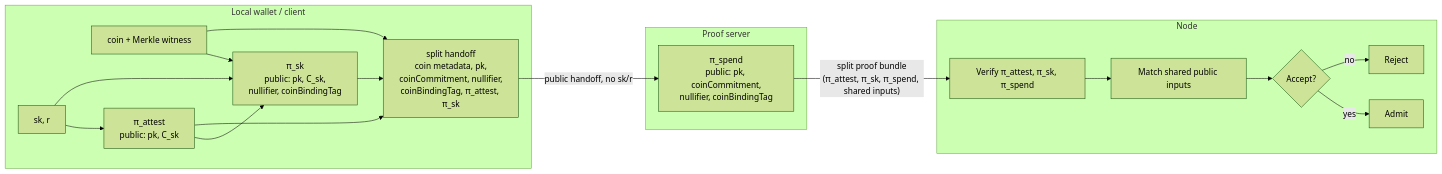
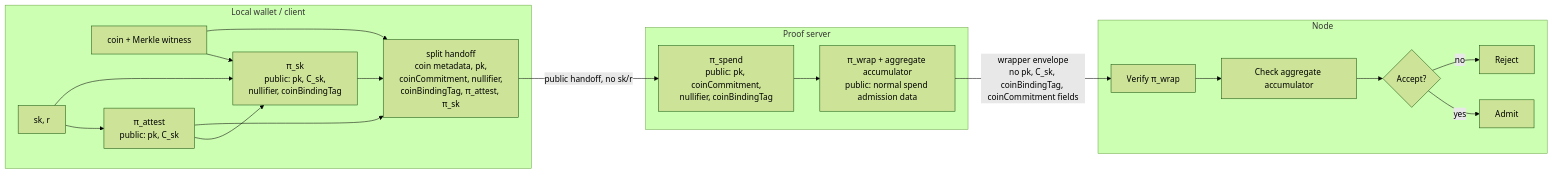
Before and after one commit to ADGLx/split-prove: the diagram in README.md, drawn with Mermaid (forest theme). The commit also changed other lines of this file and 4 other files, not shown here.

````diff
--- a/README.md
+++ b/README.md
@@ -9,37 +9,39 @@
 ```mermaid
 flowchart LR
     subgraph LOCAL["Local wallet / client"]
         W["sk, r"]
         C["coin + Merkle witness"]
         A["π_attest<br/>public: pk, C_sk"]
         S["π_sk<br/>public: pk, C_sk,<br/>nullifier, coinBindingTag"]
         H["split handoff<br/>coin metadata, pk,<br/>coinCommitment, nullifier,<br/>coinBindingTag, π_attest, π_sk"]
 
         W --> A
         W --> S
         C --> S
         A --> S
         A --> H
         S --> H
         C --> H
     end
 
     subgraph SERVER["Proof server"]
         P["π_spend<br/>public: pk, coinCommitment,<br/>nullifier, coinBindingTag"]
+        R["π_wrap + aggregate accumulator<br/>public: normal spend admission data"]
+        P --> R
     end
 
     subgraph NODE["Node"]
-        V["Verify π_attest, π_sk, π_spend"]
-        M["Match shared public inputs"]
+        V["Verify π_wrap"]
+        M["Check aggregate accumulator"]
         D{"Accept?"}
         OK["Admit"]
         NO["Reject"]
 
         V --> M --> D
         D -- yes --> OK
         D -- no --> NO
     end
 
     H -- "public handoff, no sk/r" --> P
-    P -- "split proof bundle<br/>(π_attest, π_sk, π_spend, shared inputs)" --> V
+    R -- "wrapper envelope<br/>no pk, C_sk, coinBindingTag, coinCommitment fields" --> V
 ```
````
